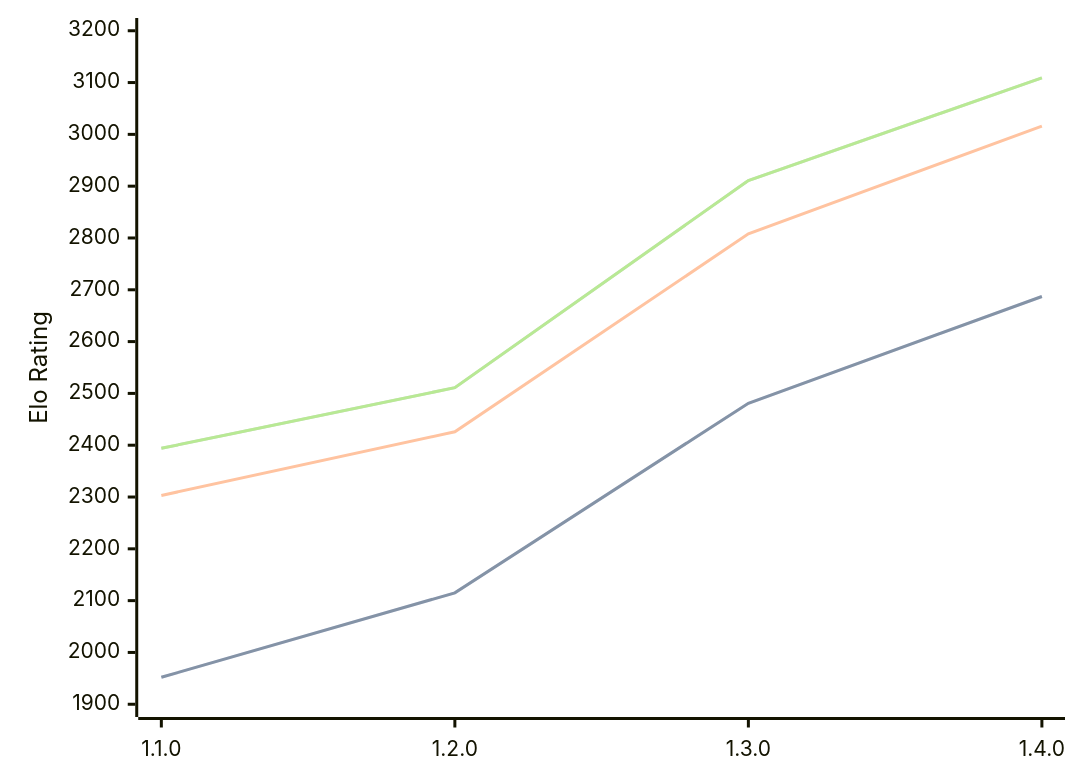
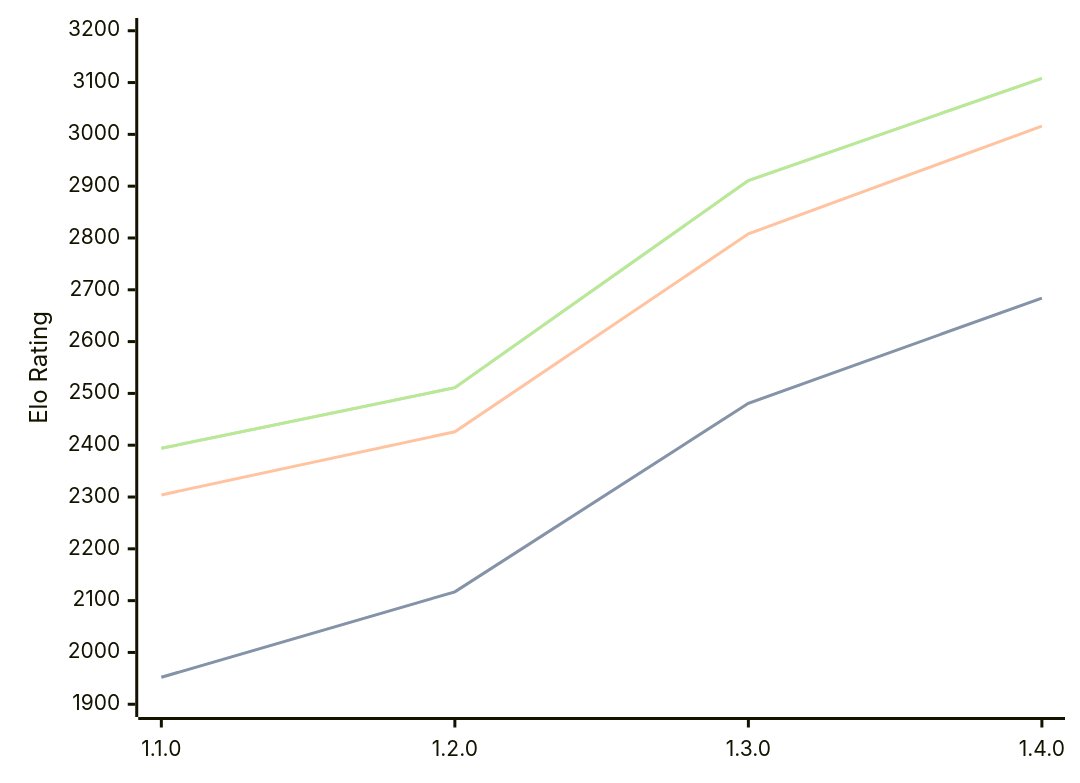
Before and after one commit to computer-chess-index/cci: the diagram in engines/Gyatso.md, drawn with Mermaid. The commit also changed other lines of this file, not shown here.

Commit message:
Update CCI Ratings (ELO VLTC) - 2026-07-30

````diff
--- a/engines/Gyatso.md
+++ b/engines/Gyatso.md
@@ -35,11 +35,11 @@
 ```mermaid
 %%{init: {"theme":"base","themeVariables":{"seriesColors:['#a3a3a3','#222221','#faa371']}}}%%
 xychart-beta
   x-axis ["1.1.0", "1.2.0", "1.3.0", "1.4.0"]
   y-axis "Elo Rating" 1900 --> 3200
-  line "STC (8.0+0.08s)" [1952, 2115, 2481, 2687]
-  line "STC (8.0+0.08s)" [1952, 2115, 2481, 2687]
-  line "LTC (60.0+0.60s)" [2303, 2426, 2808, 3016]
-  line "VLTC (2m24s+1.12s)" [2394, 2511, 2911, 3109]
-  line "VLTC (2m24s+1.12s)" [2394, 2511, 2911, 3109]
+  line "STC (8.0+0.08s)" [1952, 2117, 2481, 2684]
+  line "STC (8.0+0.08s)" [1952, 2117, 2481, 2684]
+  line "LTC (60.0+0.60s)" [2304, 2426, 2808, 3016]
+  line "VLTC (2m24s+1.12s)" [2394, 2511, 2911, 3108]
+  line "VLTC (2m24s+1.12s)" [2394, 2511, 2911, 3108]
 ```
````
